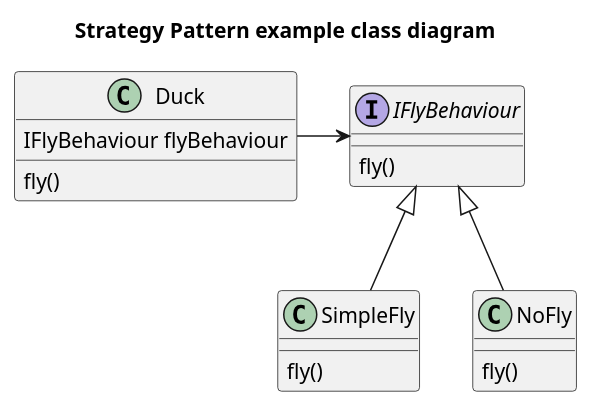
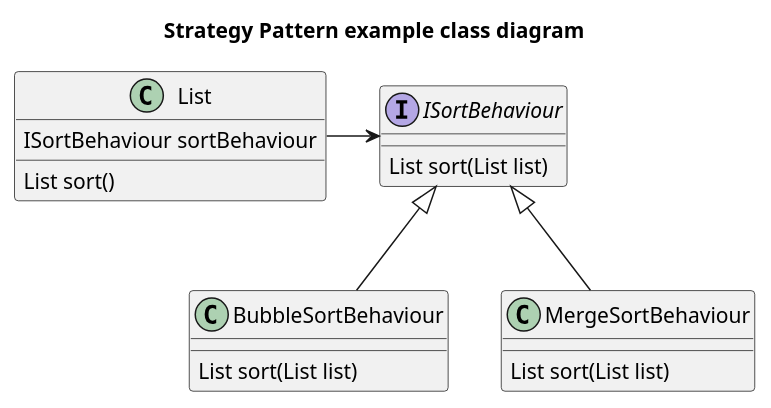
Before and after one commit to nsanitate/design-pattern: the diagram in strategy/doc/example/class.puml, drawn with PlantUML. The commit also changed 9 other files, not shown here.

```diff
--- a/strategy/doc/example/class.puml
+++ b/strategy/doc/example/class.puml
@@ -1,23 +1,23 @@
 @startuml Strategy Pattern example class diagram
 title Strategy Pattern example class diagram
-class Duck {
-    IFlyBehaviour flyBehaviour
-    fly()
+class List {
+    ISortBehaviour sortBehaviour
+    List sort()
 }
 
-interface IFlyBehaviour {
-    fly()
+interface ISortBehaviour {
+    List sort(List list)
 }
 
-class SimpleFly {
-    fly()
+class BubbleSortBehaviour {
+    List sort(List list)
 }
 
-class NoFly {
-    fly()
+class MergeSortBehaviour {
+    List sort(List list)
 }
 
-Duck -> IFlyBehaviour
-IFlyBehaviour <|-- SimpleFly
-IFlyBehaviour <|-- NoFly
+List -> ISortBehaviour
+ISortBehaviour <|-- BubbleSortBehaviour
+ISortBehaviour <|-- MergeSortBehaviour
 @enduml
```
